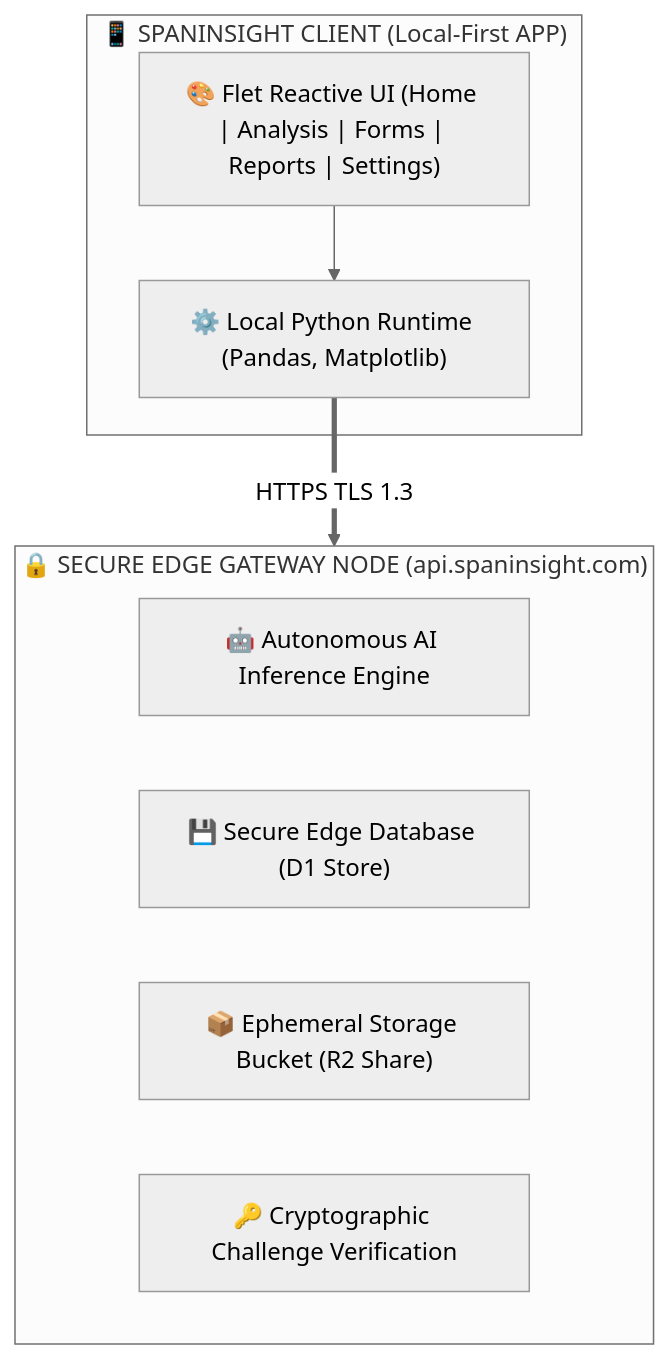
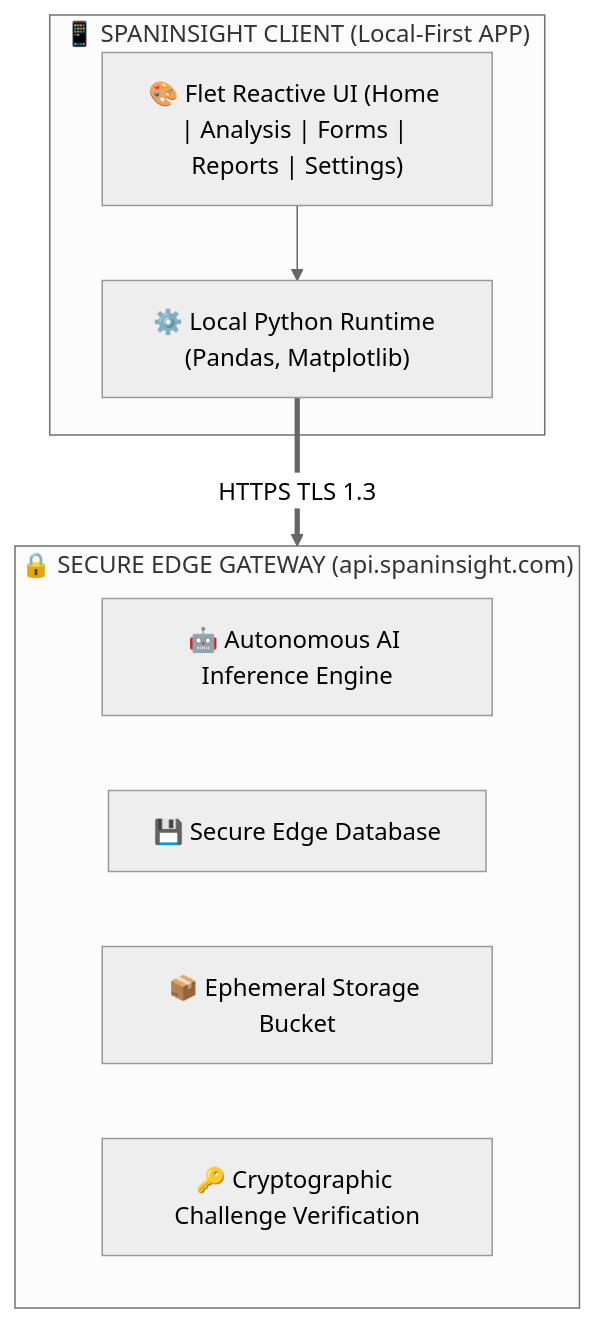
One commit to Nwokike/spaninsight changed the diagram in README.md. Above: the diagram before and after it, drawn with Mermaid (neutral theme). The commit also changed other lines of this file, not shown here.

Commit message:
docs: update feature descriptions and simplify architecture diagram labels in README

````diff
--- a/README.md
+++ b/README.md
@@ -76,17 +76,17 @@
 ```mermaid
 graph TB
     subgraph SPANINSIGHT_APP ["📱 SPANINSIGHT CLIENT (Local-First APP)"]
         UI["🎨 Flet Reactive UI (Home | Analysis | Forms | Reports | Settings)"]
         Runtime["⚙️ Local Python Runtime (Pandas, Matplotlib)"]
         UI --> Runtime
     end
 
-    subgraph CLOUDFLARE_GATEWAY ["🔒 SECURE EDGE GATEWAY NODE (api.spaninsight.com)"]
+    subgraph SECURE_EDGE_GATEWAY ["🔒 SECURE EDGE GATEWAY (api.spaninsight.com)"]
         Inference["🤖 Autonomous AI Inference Engine"]
-        D1["💾 Secure Edge Database (D1 Store)"]
-        R2["📦 Ephemeral Storage Bucket (R2 Share)"]
+        D1["💾 Secure Edge Database"]
+        R2["📦 Ephemeral Storage Bucket"]
         Verify["🔑 Cryptographic Challenge Verification"]
     end
 
-    Runtime ==>|HTTPS TLS 1.3| CLOUDFLARE_GATEWAY
+    Runtime ==>|HTTPS TLS 1.3| SECURE_EDGE_GATEWAY
 ```
````
